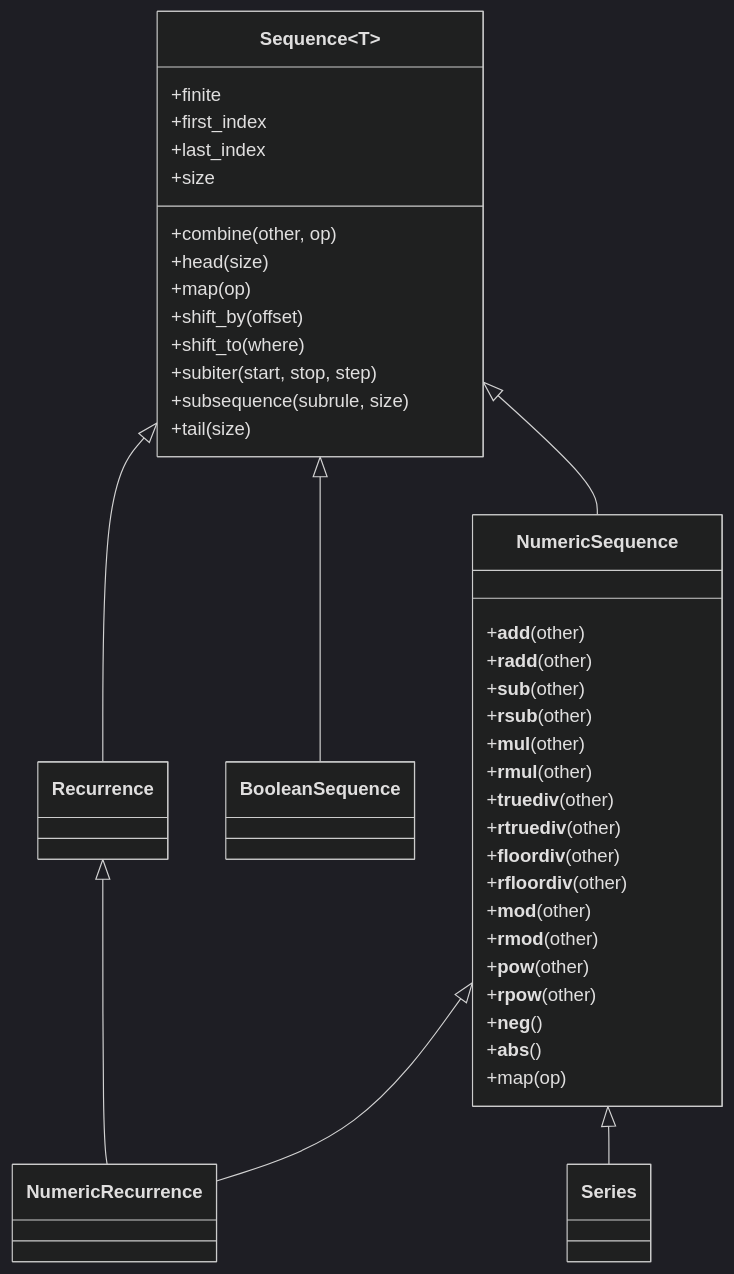
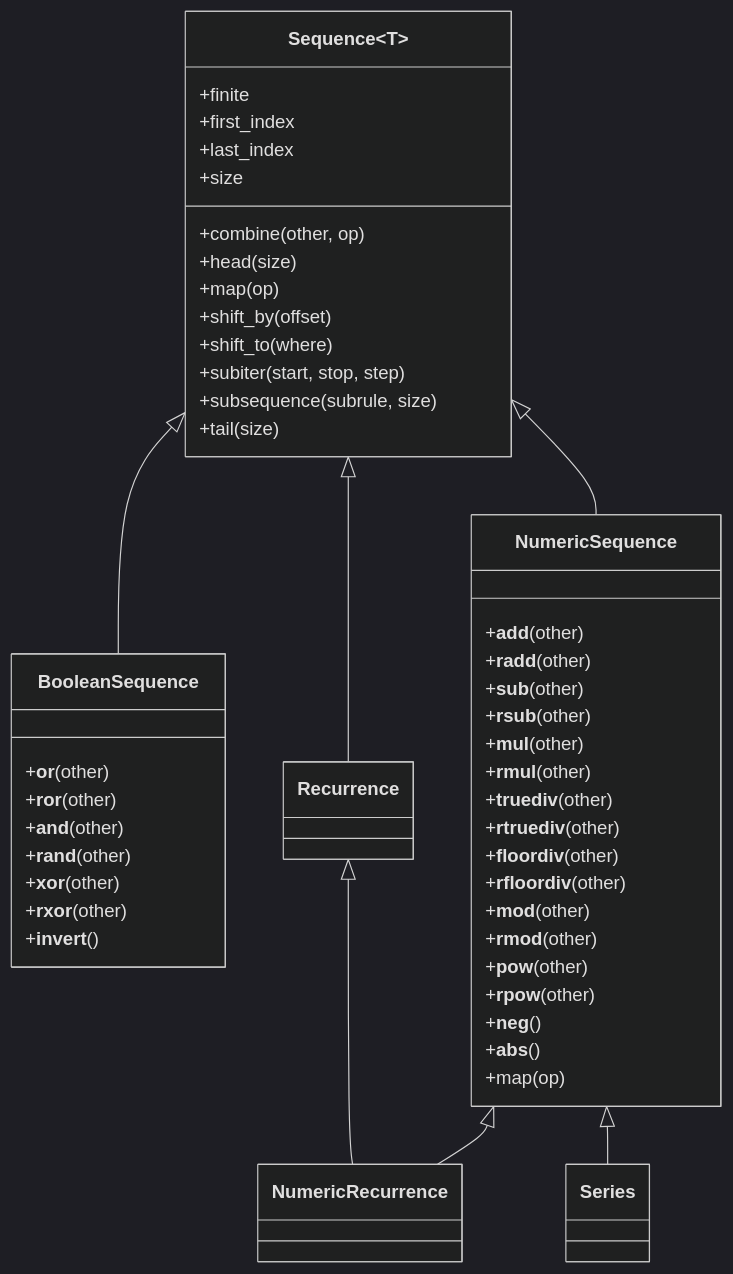
The diagram in ARCHITECTURE.md (avikpln/calculus), drawn with Mermaid (dark theme) before and after one commit. The commit also changed 4 other files, not shown here.

First line of the commit message:
Add logical operators to BooleanSequence

````diff
--- a/ARCHITECTURE.md
+++ b/ARCHITECTURE.md
@@ -8,52 +8,63 @@
 ```mermaid
 classDiagram
     class Sequence~T~ {
         %% Attributes
         +finite
         +first_index
         +last_index
         +size
 
         %% Methods
         +combine(other, op)
         +head(size)
         +map(op)
         +shift_by(offset)
         +shift_to(where)
         +subiter(start, stop, step)
         +subsequence(subrule, size)
         +tail(size)
+    }
+
+    class BooleanSequence {
+        %% Methods
+        +__or__(other)
+        +__ror__(other)
+        +__and__(other)
+        +__rand__(other)
+        +__xor__(other)
+        +__rxor__(other)
+        +__invert__()
     }
 
     class NumericSequence {
         %% Methods
         +__add__(other)
         +__radd__(other)
         +__sub__(other)
         +__rsub__(other)
         +__mul__(other)
         +__rmul__(other)
         +__truediv__(other)
         +__rtruediv__(other)
         +__floordiv__(other)
         +__rfloordiv__(other)
         +__mod__(other)
         +__rmod__(other)
         +__pow__(other)
         +__rpow__(other)
         +__neg__()
         +__abs__()
         +map(op)
     }
 
     Sequence <|-- BooleanSequence
 
     Sequence <|-- NumericSequence
 
     Sequence <|-- Recurrence
 
     NumericSequence <|-- NumericRecurrence
     Recurrence <|-- NumericRecurrence
 
     NumericSequence <|-- Series
 ```
````
